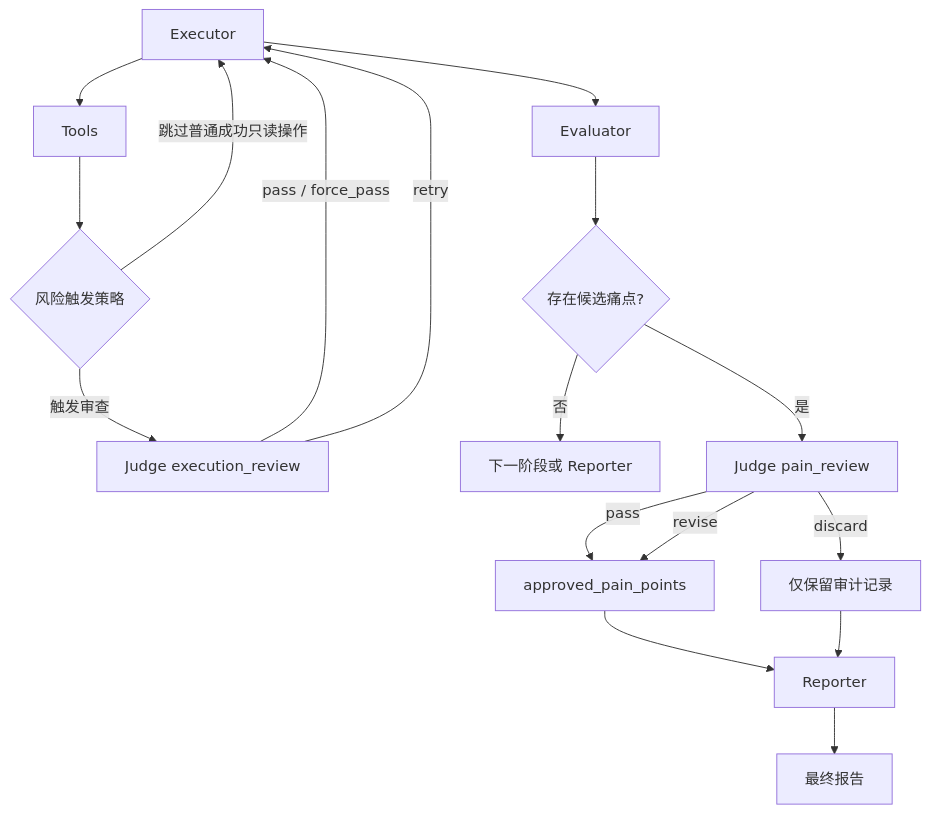
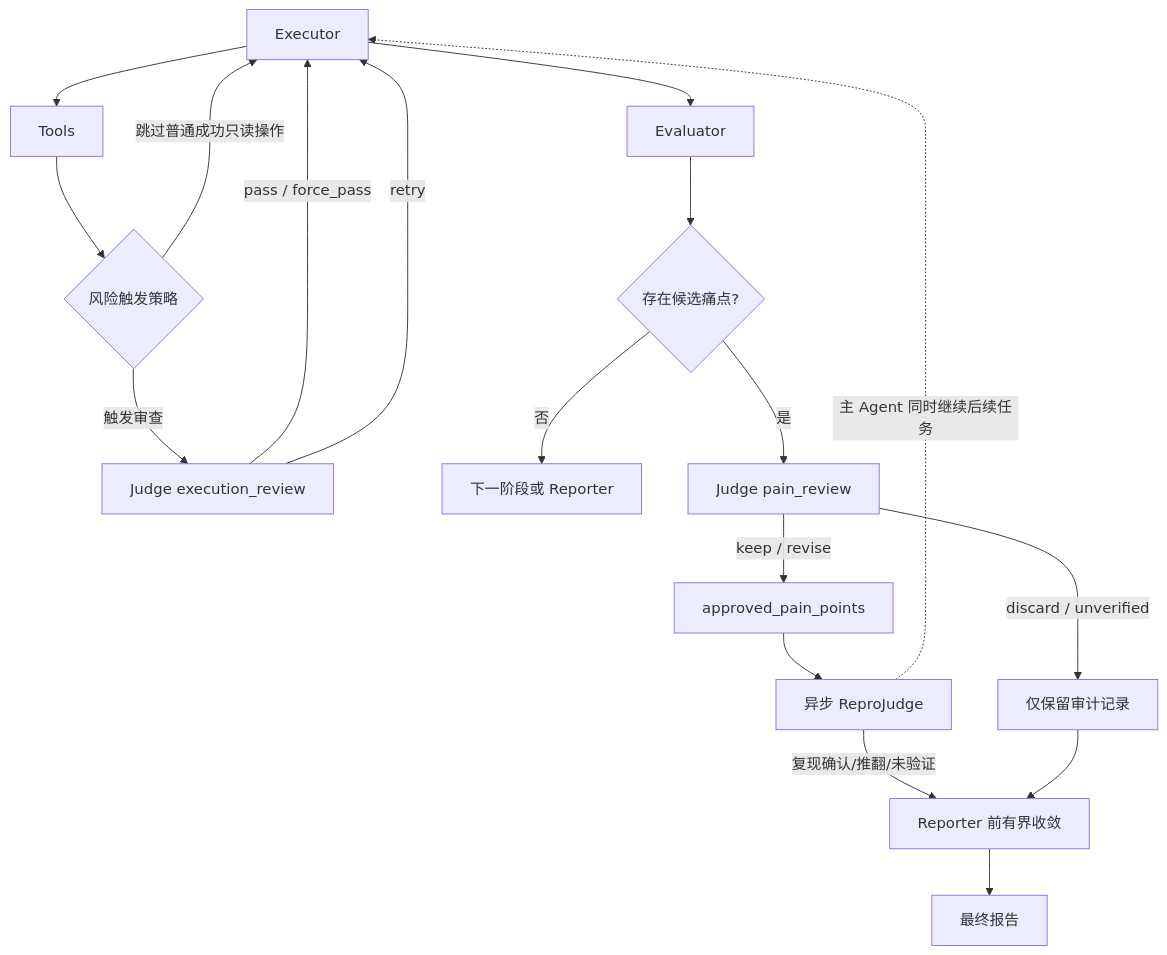
The diagram in architecture.md (4v89ybnmpz-ctrl/judge_architecture), drawn with Mermaid before and after one commit. The commit also changed other lines of this file, not shown here.

````diff
--- a/architecture.md
+++ b/architecture.md
@@ -48,19 +49,20 @@
 ```mermaid
 flowchart TD
     A[Executor] --> B[Tools]
     B --> C{风险触发策略}
     C -->|跳过普通成功只读操作| A
     C -->|触发审查| D[Judge execution_review]
     D -->|pass / force_pass| A
     D -->|retry| A
     A --> E[Evaluator]
     E --> F{存在候选痛点?}
     F -->|否| G[下一阶段或 Reporter]
     F -->|是| H[Judge pain_review]
-    H -->|pass| I[approved_pain_points]
-    H -->|revise| I
-    H -->|discard| J[仅保留审计记录]
-    I --> K[Reporter]
+    H -->|keep / revise| I[approved_pain_points]
+    H -->|discard / unverified| J[仅保留审计记录]
+    I --> R[异步 ReproJudge]
+    R -.主 Agent 同时继续后续任务.-> A
+    R -->|复现确认/推翻/未验证| K[Reporter 前有界收敛]
     J --> K
     K --> L[最终报告]
 ```
````
